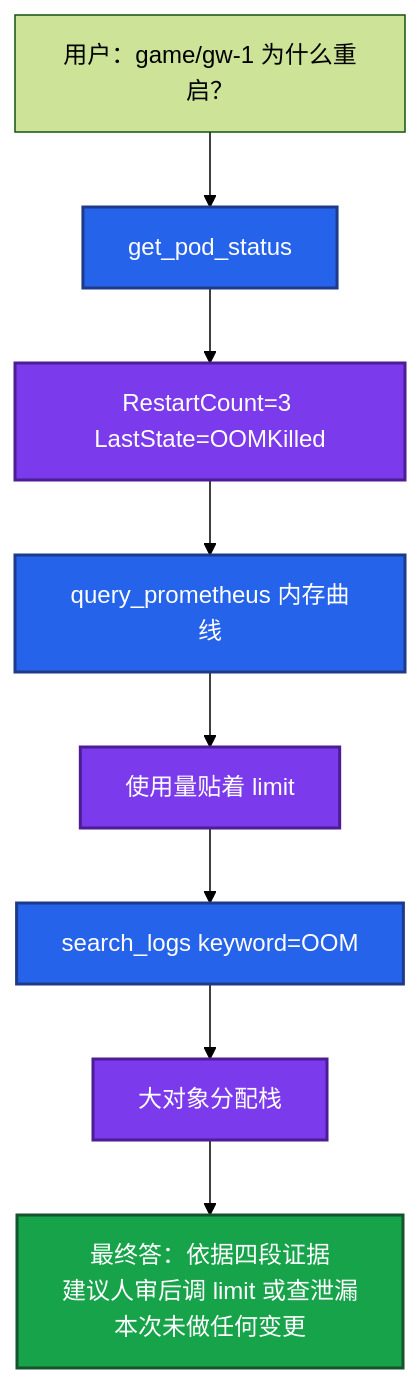
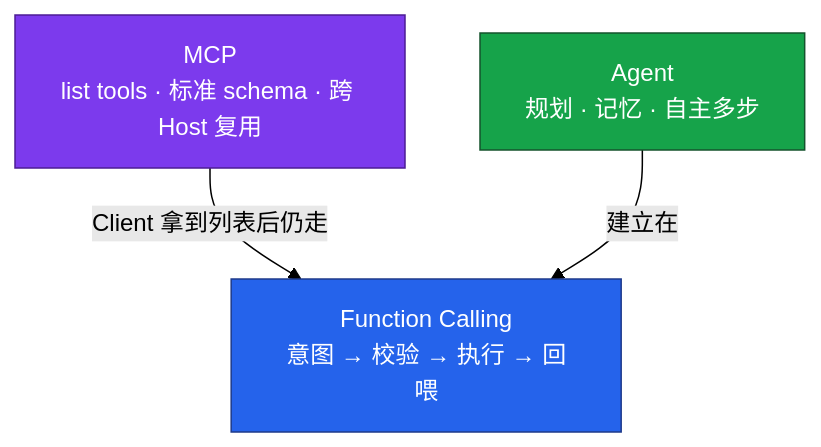
Before and after one commit to ml-cuizijun/LearnToLilith: the seventh of 7 diagrams in 09-AI与智能运维/04-Function-Calling与Tool-Use/知识点.md, drawn with Mermaid (forest theme). The commit also changed other lines of this file and 213 other files, not shown here.

````diff
--- a/09-AI与智能运维/04-Function-Calling与Tool-Use/知识点.md
+++ b/09-AI与智能运维/04-Function-Calling与Tool-Use/知识点.md
@@ -403,18 +302,13 @@
 ```mermaid
 flowchart TB
-    u[用户：game/gw-1 为什么重启？]
-    u --> a[get_pod_status]
-    a --> o[RestartCount=3 LastState=OOMKilled]
-    o --> b[query_prometheus 内存曲线]
-    b --> m[使用量贴着 limit]
-    m --> c[search_logs keyword=OOM]
-    c --> l[大对象分配栈]
-    l --> f[最终答：依据四段证据<br/>建议人审后调 limit 或查泄漏<br/>本次未做任何变更]
+    classDef a fill:#2563EB,stroke:#1E3A8A,color:#fff
+    classDef b fill:#7C3AED,stroke:#4C1D95,color:#fff
+    classDef c fill:#16A34A,stroke:#14532D,color:#fff
 
-    classDef t fill:#2563EB,stroke:#1E3A8A,stroke-width:2px,color:#fff
-    classDef d fill:#7C3AED,stroke:#4C1D95,stroke-width:2px,color:#fff
-    classDef ok fill:#16A34A,stroke:#14532D,stroke-width:2px,color:#fff
-    class a,b,c t
-    class o,m,l d
-    class f ok
+    FC["Function Calling<br/>意图 → 校验 → 执行 → 回喂"]:::a
+    MCP["MCP<br/>list tools · 标准 schema · 跨 Host 复用"]:::b
+    AG["Agent<br/>规划 · 记忆 · 自主多步"]:::c
+
+    MCP -->|"Client 拿到列表后仍走"| FC
+    AG -->|"建立在"| FC
 ```
````
